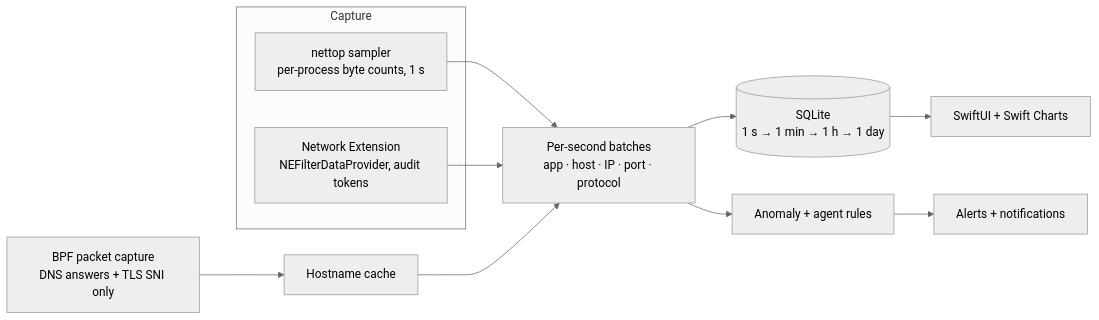
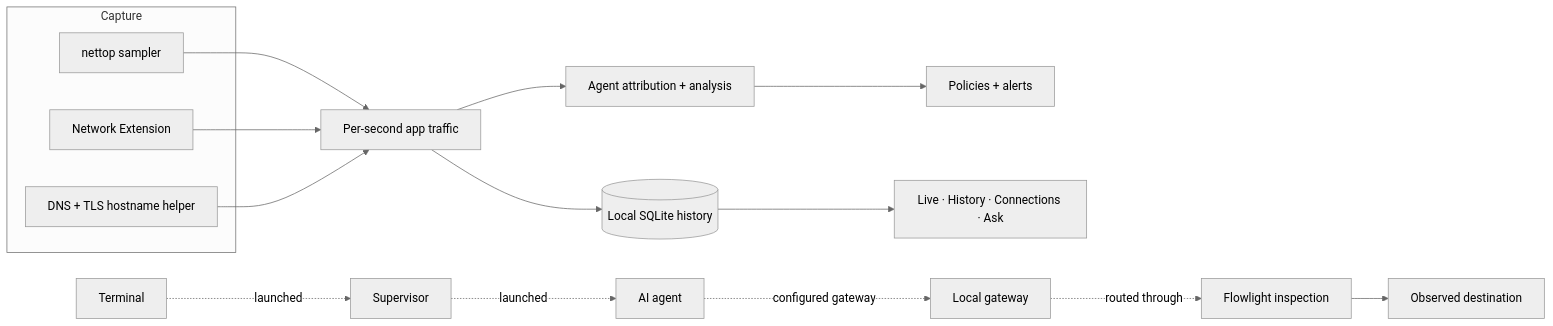
Before and after one commit to xinbetween/flowlight: the diagram in README.md, drawn with Mermaid (neutral theme). The commit also changed other lines of this file and 97 other files, not shown here.

First line of the commit message:
Prepare Flowlight 0.18.1 release

````diff
--- a/README.md
+++ b/README.md
@@ -394,15 +106,22 @@
 ```mermaid
 flowchart LR
     subgraph Capture
-        N[nettop sampler<br/>per-process byte counts, 1 s]
-        E[Network Extension<br/>NEFilterDataProvider, audit tokens]
+        N[nettop sampler]
+        E[Network Extension]
+        H[DNS + TLS hostname helper]
     end
-    P[BPF packet capture<br/>DNS answers + TLS SNI only] --> H[Hostname cache]
-    N --> B[Per-second batches<br/>app · host · IP · port · protocol]
+
+    N --> B[Per-second app traffic]
     E --> B
     H --> B
-    B --> DB[(SQLite<br/>1 s → 1 min → 1 h → 1 day)]
-    B --> A[Anomaly + agent rules]
-    A --> AL[Alerts + notifications]
-    DB --> UI[SwiftUI + Swift Charts]
+    B --> DB[(Local SQLite history)]
+    B --> A[Agent attribution + analysis]
+    A --> P[Policies + alerts]
+    DB --> UI[Live · History · Connections · Ask]
+
+    T[Terminal] -. launched .-> S[Supervisor]
+    S -. launched .-> C[AI agent]
+    C -. configured gateway .-> G[Local gateway]
+    G -. routed through .-> F[Flowlight inspection]
+    F --> D[Observed destination]
 ```
````
